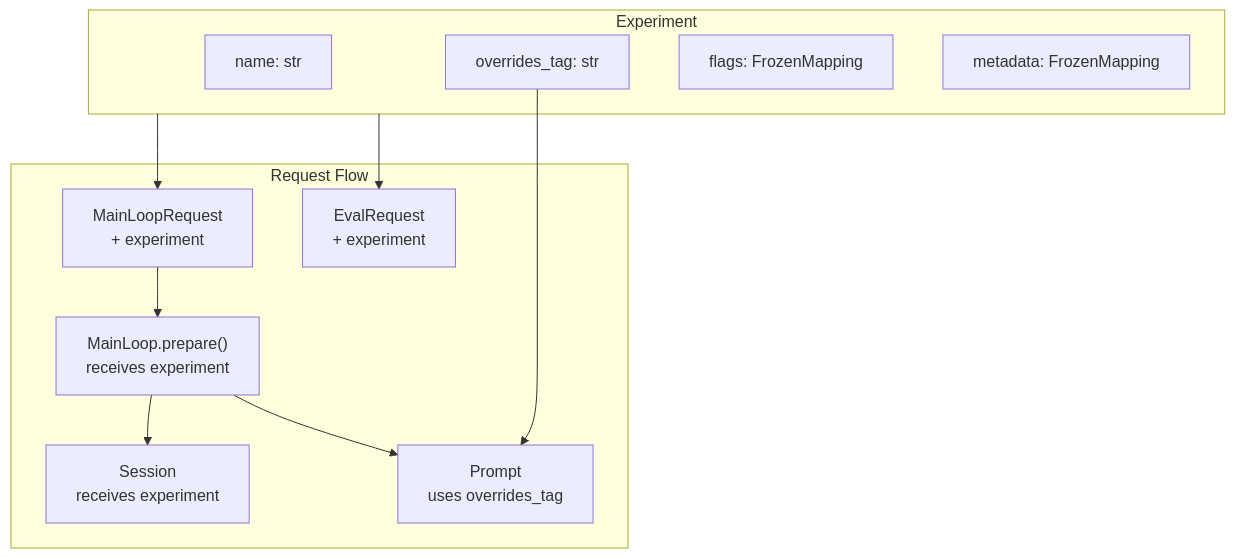
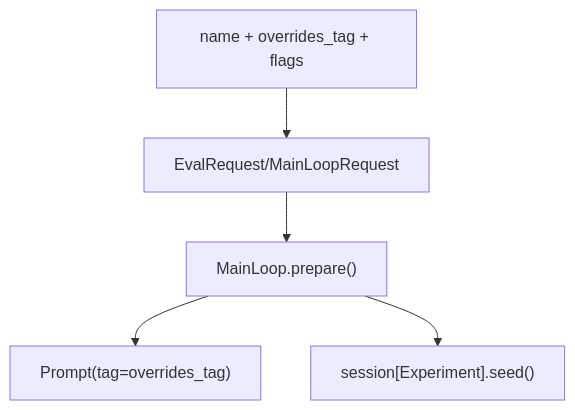
Before and after one commit to weakincentives/weakincentives: the diagram in specs/EXPERIMENTS.md, drawn with Mermaid. The commit also changed other lines of this file and 34 other files, not shown here.

````diff
--- a/specs/EXPERIMENTS.md
+++ b/specs/EXPERIMENTS.md
@@ -18,24 +13,8 @@
 ```mermaid
 flowchart TB
-    subgraph Experiment["Experiment"]
-        Name["name: str"]
-        Tag["overrides_tag: str"]
-        Flags["flags: FrozenMapping"]
-        Metadata["metadata: FrozenMapping"]
-    end
-
-    subgraph Flow["Request Flow"]
-        EvalRequest["EvalRequest<br/>+ experiment"]
-        MainLoopRequest["MainLoopRequest<br/>+ experiment"]
-        Prepare["MainLoop.prepare()<br/>receives experiment"]
-        Prompt["Prompt<br/>uses overrides_tag"]
-        Session["Session<br/>receives experiment"]
-    end
-
-    Experiment --> EvalRequest
-    Experiment --> MainLoopRequest
-    MainLoopRequest --> Prepare
-    Prepare --> Prompt
-    Prepare --> Session
-    Tag --> Prompt
+    Experiment["name + overrides_tag + flags"]
+    Experiment --> Request["EvalRequest/MainLoopRequest"]
+    Request --> Prepare["MainLoop.prepare()"]
+    Prepare --> Prompt["Prompt(tag=overrides_tag)"]
+    Prepare --> Session["session[Experiment].seed()"]
 ```
````
